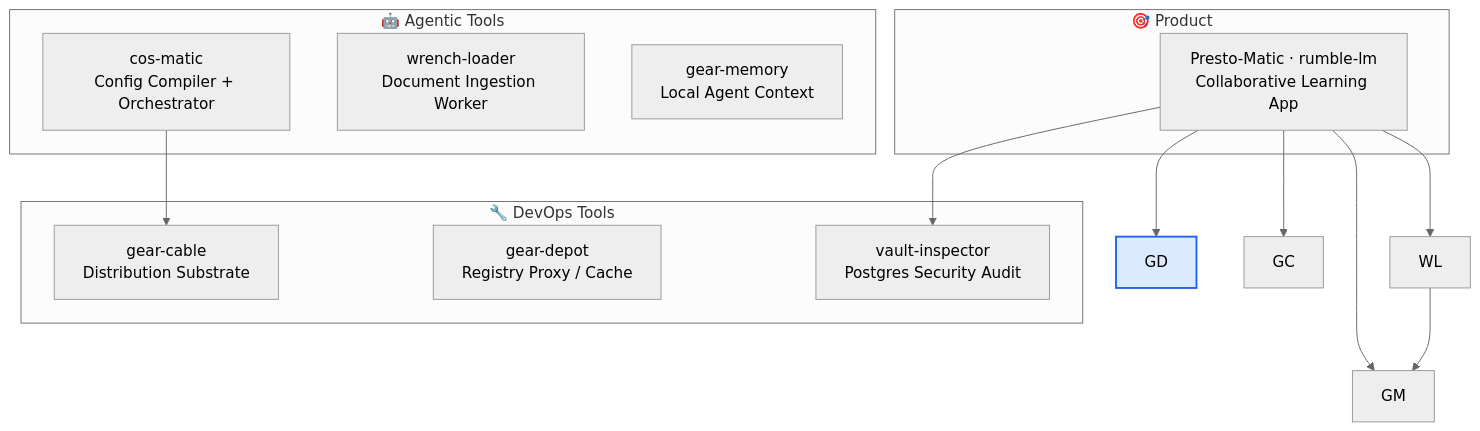
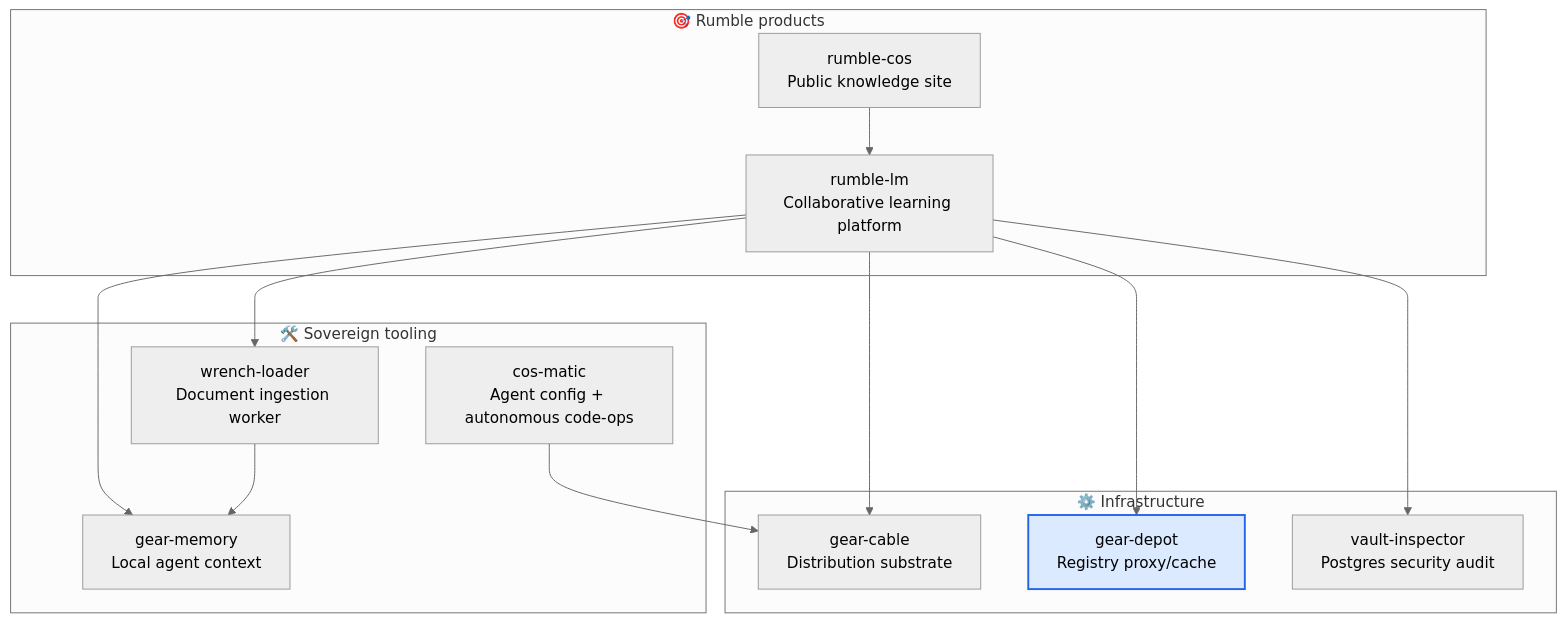
The diagram in README.md (constantin-jais/gear-depot), drawn with Mermaid (neutral theme) before and after one commit. The commit also changed other lines of this file, not shown here.

Commit message:
docs: update README branding

````diff
--- a/README.md
+++ b/README.md
@@ -17,24 +17,26 @@
 ```mermaid
 graph TB
-    subgraph product["🎯 Product"]
-        RL["Presto-Matic · rumble-lm<br/>Collaborative Learning App"]
+    subgraph products["🎯 Rumble products"]
+        RL["rumble-lm<br/>Collaborative learning platform"]
+        RC["rumble-cos<br/>Public knowledge site"]
     end
-    subgraph agentic["🤖 Agentic Tools"]
-        cosmatic["cos-matic<br/>Config Compiler + Orchestrator"]
-        DL["wrench-loader<br/>Document Ingestion Worker"]
-        MC["gear-memory<br/>Local Agent Context"]
+    subgraph tools["🛠️ Sovereign tooling"]
+        CM["cos-matic<br/>Agent config + autonomous code-ops"]
+        WL["wrench-loader<br/>Document ingestion worker"]
+        GM["gear-memory<br/>Local agent context"]
     end
-    subgraph devops["🔧 DevOps Tools"]
-        LC["gear-cable<br/>Distribution Substrate"]
-        SD["gear-depot<br/>Registry Proxy / Cache"]
-        VI["vault-inspector<br/>Postgres Security Audit"]
+    subgraph infra["⚙️ Infrastructure"]
+        GC["gear-cable<br/>Distribution substrate"]
+        GD["gear-depot<br/>Registry proxy/cache"]
+        VI["vault-inspector<br/>Postgres security audit"]
     end
     RL --> WL
     RL --> GM
     RL --> VI
     RL --> GD
     RL --> GC
-    cosmatic --> LC
+    RC --> RL
+    CM --> GC
     WL --> GM
     style GD fill:#dbeafe,stroke:#2563eb,stroke-width:2px
 ```
````
